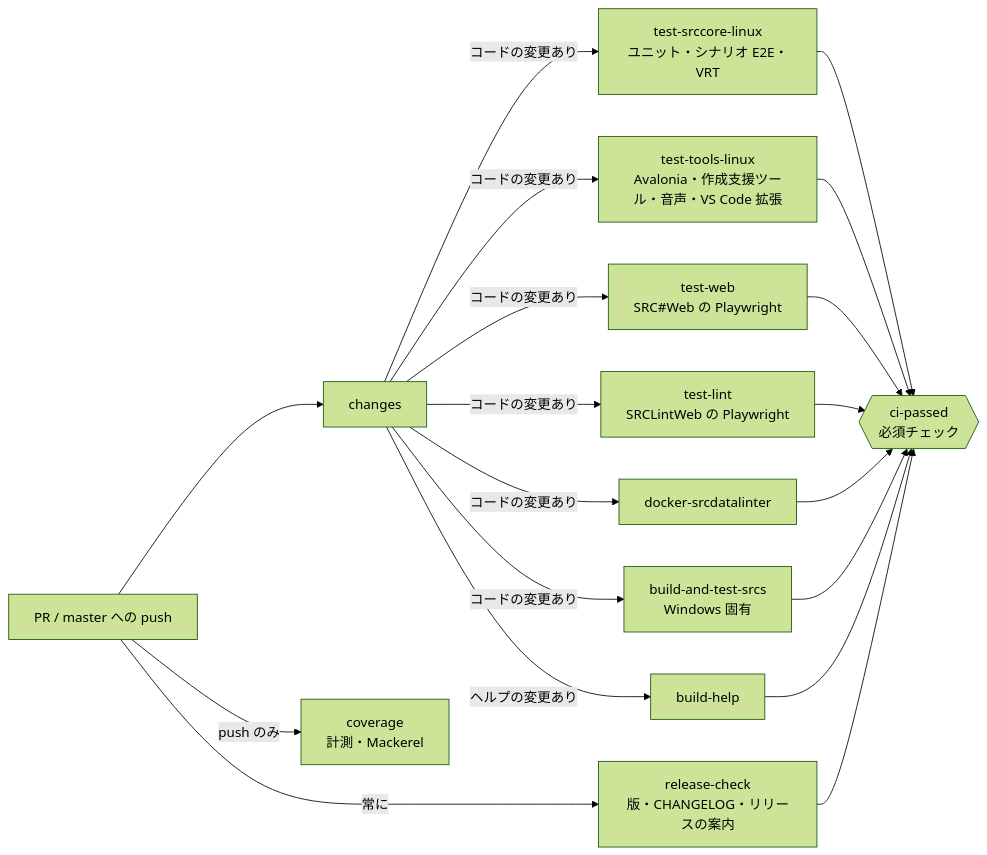
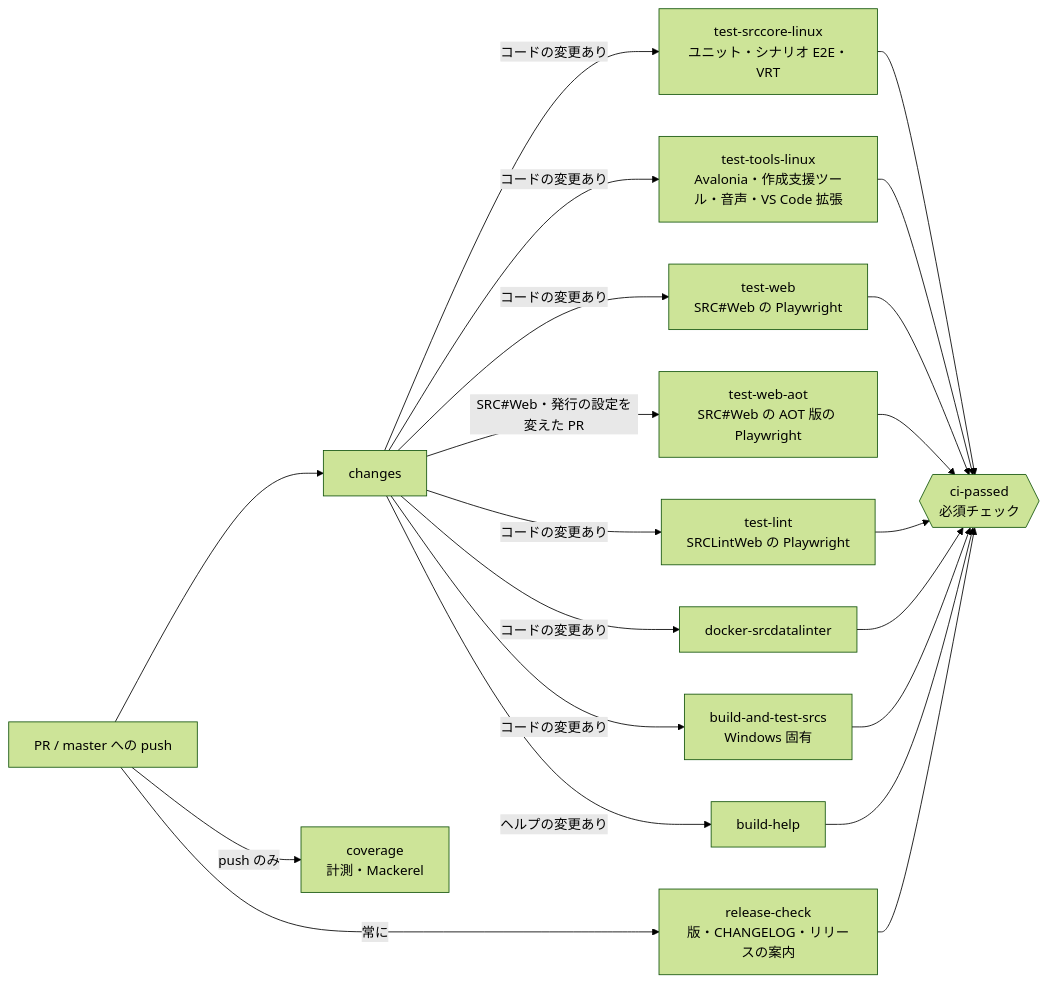
The diagram in docs/testing.md (7474/SRC), drawn with Mermaid (forest theme) before and after one commit. The commit also changed other lines of this file and 1 other file, not shown here.

Commit message:
SRC#Web の AOT 版の E2E を、関係する PR でも動かす
PR の test-web はインタープリターで発行しており、配る AOT 版の E2E はマージの後
（master への push）でしか動いていなかった。

- test-web-aot（新規）: SRC#Web・発行の設定（Directory.Build.props・Directory.Packages.props）・
  CI.yml を変えた PR で、AOT で発行して web.spec.js を 2 並列で通す。ほかのジョブと並べて動く
- AOT の発行は約 8 分かかるため、ほかの PR（SRCCore・SRCRender だけの変更など）では動かさない
  （CI の待ち時間を優先する。#1378）。master への push の test-web は今までどおり AOT

Closes #1360

Claude-Session: https://claude.ai/code/session_016o9WHb49gXyEf1VXfAsobN

````diff
--- a/docs/testing.md
+++ b/docs/testing.md
@@ -52,14 +52,15 @@
 ```mermaid
 flowchart LR
   PR[PR / master への push] --> changes
   changes -->|コードの変更あり| core[test-srccore-linux<br/>ユニット・シナリオ E2E・VRT]
   changes -->|コードの変更あり| tools[test-tools-linux<br/>Avalonia・作成支援ツール・音声・VS Code 拡張]
   changes -->|コードの変更あり| web[test-web<br/>SRC#Web の Playwright]
   changes -->|コードの変更あり| lint[test-lint<br/>SRCLintWeb の Playwright]
+  changes -->|SRC#Web・発行の設定を変えた PR| aot[test-web-aot<br/>SRC#Web の AOT 版の Playwright]
   changes -->|コードの変更あり| docker[docker-srcdatalinter]
   changes -->|コードの変更あり| win[build-and-test-srcs<br/>Windows 固有]
   changes -->|ヘルプの変更あり| help[build-help]
   PR -->|常に| release[release-check<br/>版・CHANGELOG・リリースの案内]
-  core & tools & web & lint & docker & win & help & release --> gate{{ci-passed<br/>必須チェック}}
+  core & tools & web & aot & lint & docker & win & help & release --> gate{{ci-passed<br/>必須チェック}}
   PR -->|push のみ| coverage[coverage<br/>計測・Mackerel]
 ```
````
